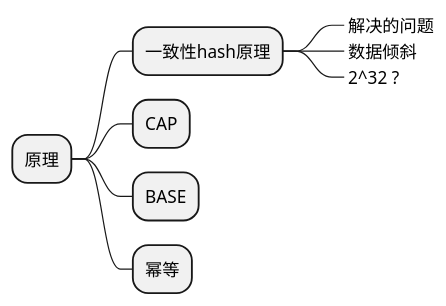
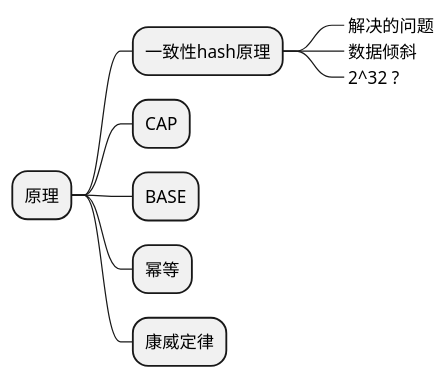
Before and after one commit to Gh0st99/Gh0st99.github.io: the eighth of 11 diagrams in _posts/2021-05-27-查漏补缺.md, drawn with PlantUML. The commit also changed other lines of this file and 1 other file, not shown here.

````diff
--- a/_posts/2021-05-27-查漏补缺.md
+++ b/_posts/2021-05-27-查漏补缺.md
@@ -688,15 +688,17 @@
 ```plantuml
 @startmindmap
 * 原理
 ** 一致性hash原理
 ***_ 解决的问题
 ***_ 数据倾斜
 ***_ 2^32 ?
 
 ** CAP
 
 ** BASE
 
 ** 幂等
+
+** 康威定律
 @endmindmap
 ```
````
